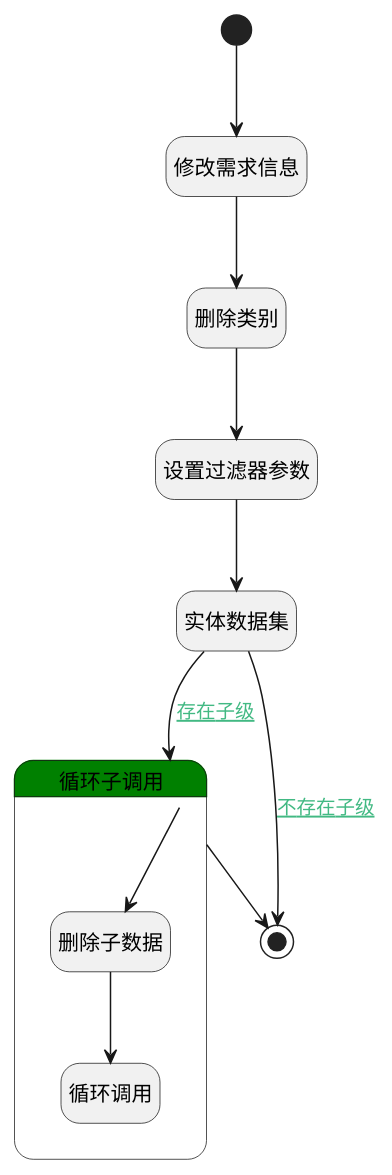
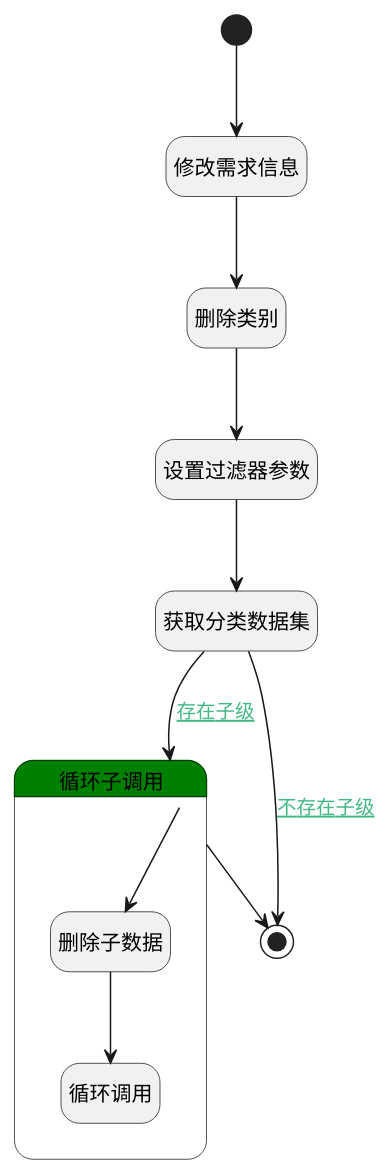
The diagram in doc/docsify/module/Base/section/logic/delete_section.md (iBizLab/plm), drawn with PlantUML before and after one commit. The commit also changed other lines of this file and 1778 other files, not shown here.

````diff
--- a/doc/docsify/module/Base/section/logic/delete_section.md
+++ b/doc/docsify/module/Base/section/logic/delete_section.md
@@ -7,35 +7,35 @@
 ```plantuml
 @startuml
 hide empty description
 <style>
 root {
   HyperlinkColor #42b983
 }
 </style>
 
 hide empty description
 state "开始" as Begin <<start>> [[$./delete_section#begin {"开始"}]]
 state "删除类别" as DEACTION2  [[$./delete_section#deaction2 {"删除类别"}]]
 state "设置过滤器参数" as PREPAREPARAM1  [[$./delete_section#prepareparam1 {"设置过滤器参数"}]]
-state "实体数据集" as DEDATASET1  [[$./delete_section#dedataset1 {"实体数据集"}]]
+state "获取分类数据集" as DEDATASET1  [[$./delete_section#dedataset1 {"获取分类数据集"}]]
 state "修改需求信息" as RAWSQLCALL1  [[$./delete_section#rawsqlcall1 {"修改需求信息"}]]
 state "结束" as END1 <<end>> [[$./delete_section#end1 {"结束"}]]
 state "循环子调用" as LOOPSUBCALL1  [[$./delete_section#loopsubcall1 {"循环子调用"}]] #green {
 state "删除子数据" as DEACTION1  [[$./delete_section#deaction1 {"删除子数据"}]]
 state "循环调用" as DELOGIC1  [[$./delete_section#delogic1 {"循环调用"}]]
 }
 
 
 Begin --> RAWSQLCALL1
 RAWSQLCALL1 --> DEACTION2
 DEACTION2 --> PREPAREPARAM1
 PREPAREPARAM1 --> DEDATASET1
 DEDATASET1 --> END1 : [[$./delete_section#dedataset1-end1{不存在子级} 不存在子级]]
 DEDATASET1 --> LOOPSUBCALL1 : [[$./delete_section#dedataset1-loopsubcall1{存在子级} 存在子级]]
 LOOPSUBCALL1 --> DEACTION1
 DEACTION1 --> DELOGIC1
 LOOPSUBCALL1 --> END1
 
 
 @enduml
 ```
````
